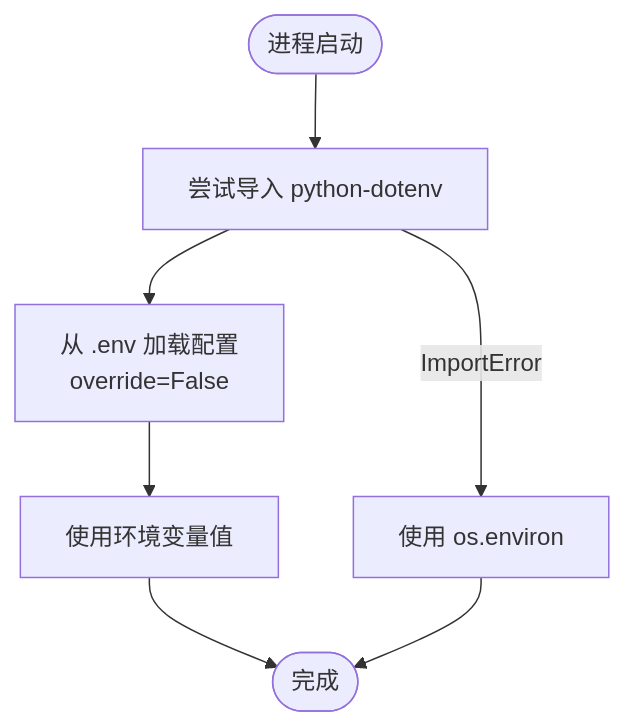
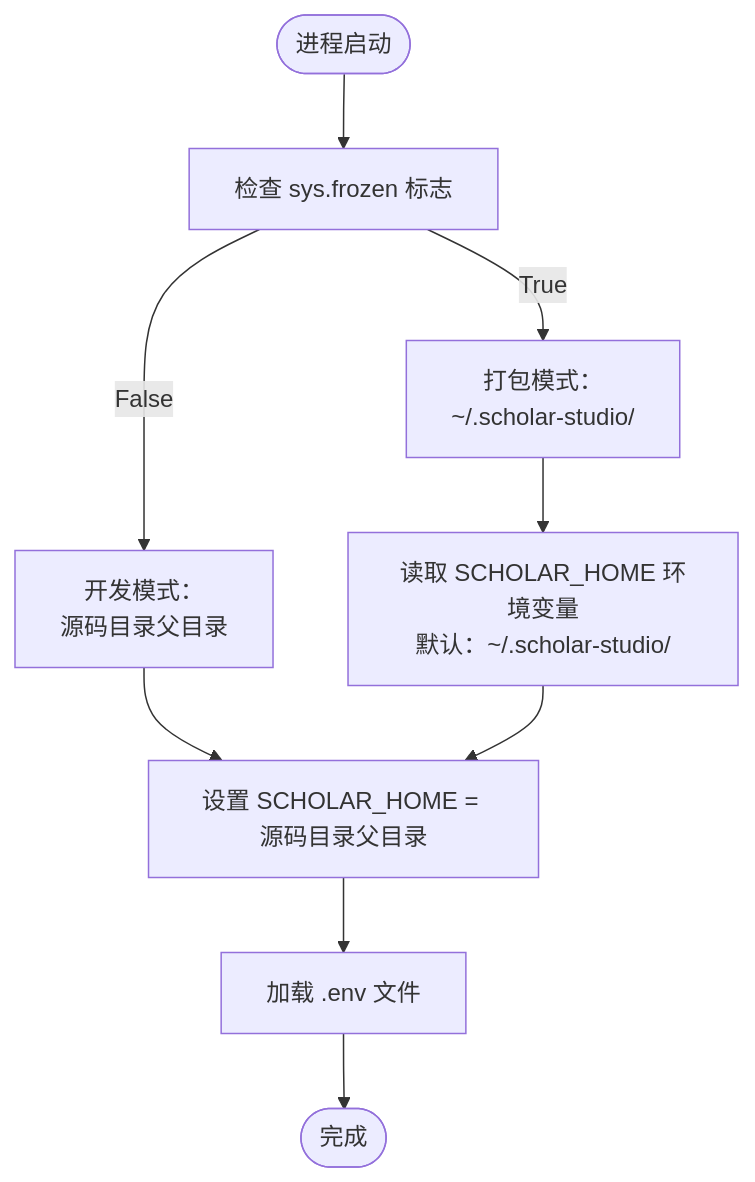
One commit to 1173591564/academic-based-qoder changed the third of 8 diagrams in .qoder/repowiki/zh/content/Python后端系统/配置管理系统.md. Above: the diagram before and after it, drawn with Mermaid. The commit also changed other lines of this file and 68 other files, not shown here.

````diff
--- a/.qoder/repowiki/zh/content/Python后端系统/配置管理系统.md
+++ b/.qoder/repowiki/zh/content/Python后端系统/配置管理系统.md
@@ -136,9 +168,11 @@
 ```mermaid
 flowchart TD
-Start(["进程启动"]) --> TryDotenv["尝试导入 python-dotenv"]
-TryDotenv --> LoadEnv["从 .env 加载配置<br/>override=False"]
-LoadEnv --> UseEnv["使用环境变量值"]
-TryDotenv --> |ImportError| UseOS["使用 os.environ"]
-UseEnv --> End(["完成"])
-UseOS --> End
+Start(["进程启动"]) --> CheckFrozen["检查 sys.frozen 标志"]
+CheckFrozen --> |True| FrozenMode["打包模式：<br/>~/.scholar-studio/"]
+CheckFrozen --> |False| DevMode["开发模式：<br/>源码目录父目录"]
+DevMode --> SetHome["设置 SCHOLAR_HOME = 源码目录父目录"]
+FrozenMode --> EnvHome["读取 SCHOLAR_HOME 环境变量<br/>默认：~/.scholar-studio/"]
+EnvHome --> SetHome
+SetHome --> LoadEnv["加载 .env 文件"]
+LoadEnv --> End(["完成"])
 ```
````
